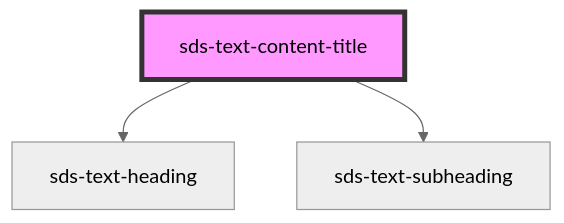
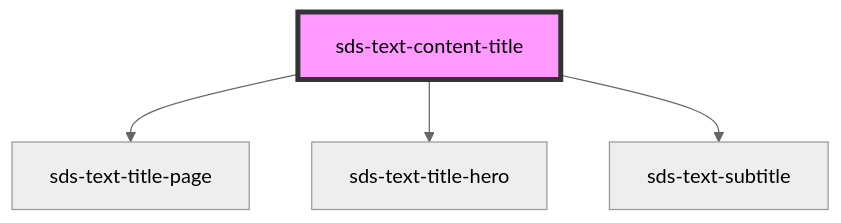
The diagram in sds-web-components/src/ui/primitives/sds-text/sds-text-content-title/readme.md (chodgesfigma/sds-mono), drawn with Mermaid (neutral theme) before and after one commit. The commit also changed other lines of this file and 12 other files, not shown here.

````diff
--- a/sds-web-components/src/ui/primitives/sds-text/sds-text-content-title/readme.md
+++ b/sds-web-components/src/ui/primitives/sds-text/sds-text-content-title/readme.md
@@ -22,6 +23,7 @@
 ```mermaid
 graph TD;
-  sds-text-content-title --> sds-text-heading
-  sds-text-content-title --> sds-text-subheading
+  sds-text-content-title --> sds-text-title-page
+  sds-text-content-title --> sds-text-title-hero
+  sds-text-content-title --> sds-text-subtitle
   style sds-text-content-title fill:#f9f,stroke:#333,stroke-width:4px
 ```
````
